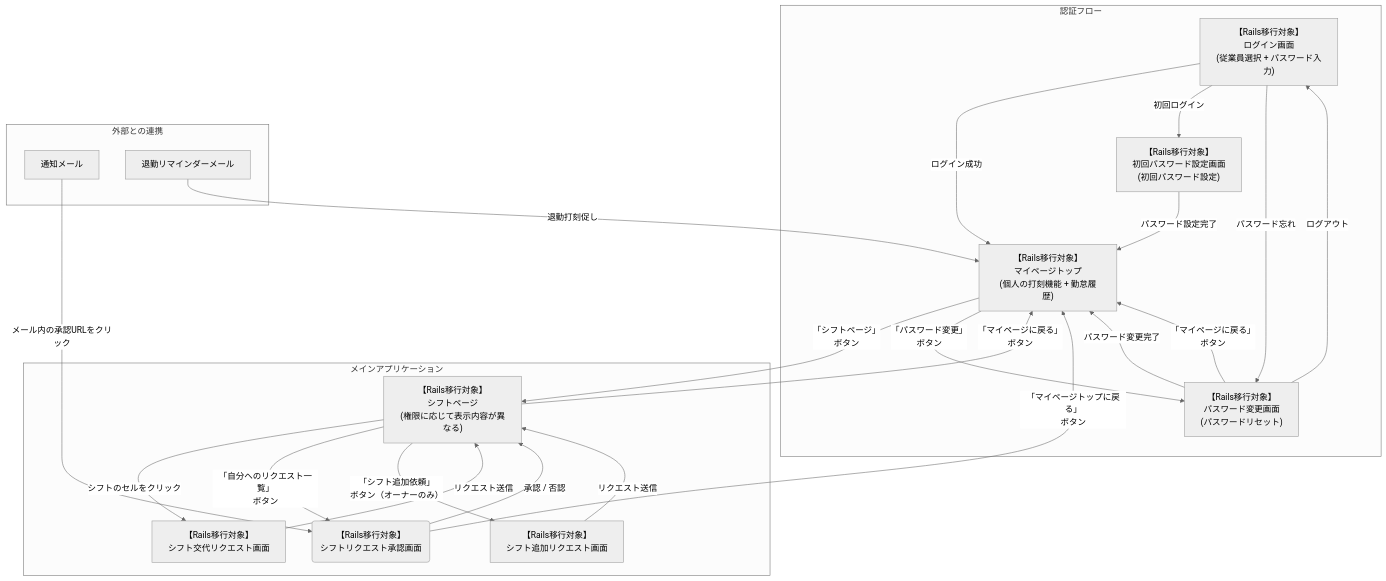
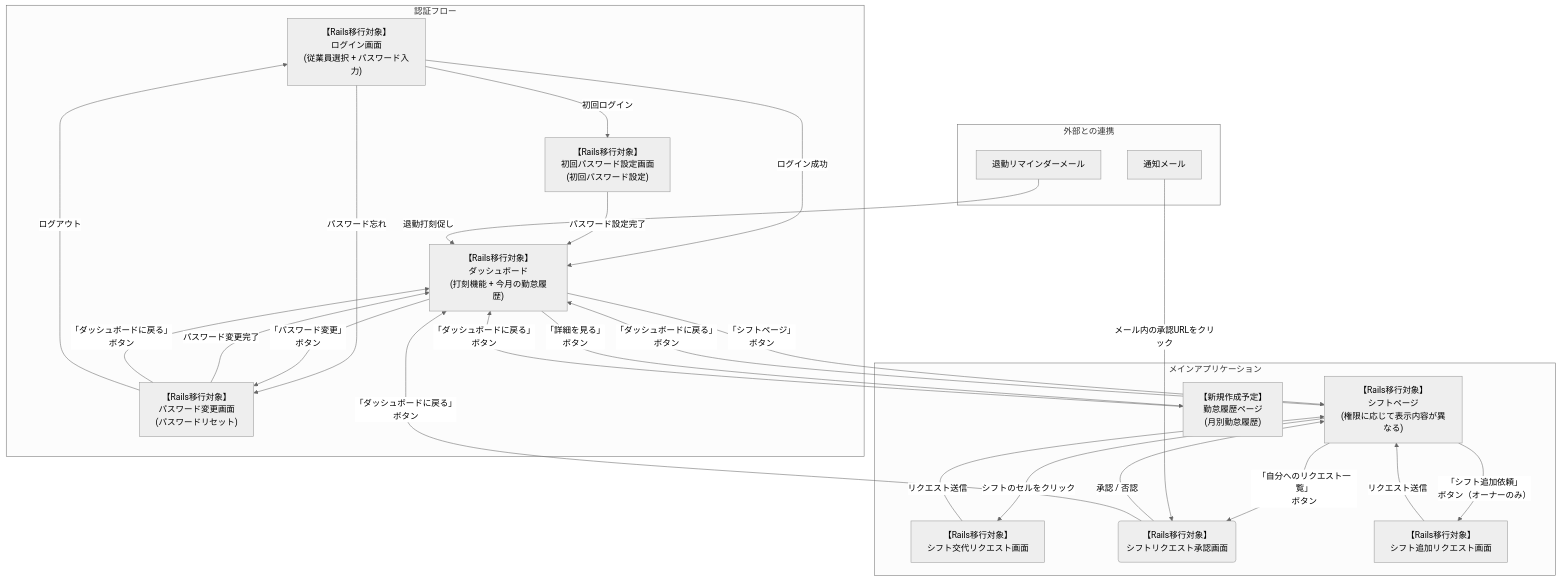
Before and after one commit to Hiru-ge/freee-Internship: the diagram in docs/requirement.md, drawn with Mermaid (neutral theme). The commit also changed other lines of this file and 12 other files, not shown here.

````diff
--- a/docs/requirement.md
+++ b/docs/requirement.md
@@ -81,31 +81,33 @@
 ```mermaid
 graph TD
     subgraph "認証フロー"
         Login["【Rails移行対象】<br>ログイン画面<br>(従業員選択 + パスワード入力)"]
-        Login -->|"ログイン成功"| MyPage["【Rails移行対象】<br>マイページトップ<br>(個人の打刻機能 + 勤怠履歴)"]
+        Login -->|"ログイン成功"| Dashboard["【Rails移行対象】<br>ダッシュボード<br>(打刻機能 + 今月の勤怠履歴)"]
         Login -->|"初回ログイン"| InitialPassword["【Rails移行対象】<br>初回パスワード設定画面<br>(初回パスワード設定)"]
-        InitialPassword -->|"パスワード設定完了"| MyPage
+        InitialPassword -->|"パスワード設定完了"| Dashboard
         Login -->|"パスワード忘れ"| PasswordChange["【Rails移行対象】<br>パスワード変更画面<br>(パスワードリセット)"]
-        PasswordChange -->|"パスワード変更完了"| MyPage
+        PasswordChange -->|"パスワード変更完了"| Dashboard
     end
 
     subgraph "メインアプリケーション"
-        MyPage -->|"「シフトページ」<br>ボタン"| ShiftPage["【Rails移行対象】<br>シフトページ<br>(権限に応じて表示内容が異なる)"]
-        MyPage -->|"「パスワード変更」<br>ボタン"| PasswordChange
-        ShiftPage -->|"「マイページに戻る」<br>ボタン"| MyPage
+        Dashboard -->|"「シフトページ」<br>ボタン"| ShiftPage["【Rails移行対象】<br>シフトページ<br>(権限に応じて表示内容が異なる)"]
+        Dashboard -->|"「パスワード変更」<br>ボタン"| PasswordChange
+        Dashboard -->|"「詳細を見る」<br>ボタン"| AttendanceHistory["【新規作成予定】<br>勤怠履歴ページ<br>(月別勤怠履歴)"]
+        ShiftPage -->|"「ダッシュボードに戻る」<br>ボタン"| Dashboard
         ShiftPage -->|"シフトのセルをクリック"| RequestForm["【Rails移行対象】<br>シフト交代リクエスト画面"]
         ShiftPage -->|"「自分へのリクエスト一覧」<br>ボタン"| Approval("【Rails移行対象】<br>シフトリクエスト承認画面")
         ShiftPage -->|"「シフト追加依頼」<br>ボタン（オーナーのみ）"| AddForm["【Rails移行対象】<br>シフト追加リクエスト画面"]
         RequestForm -->|"リクエスト送信"| ShiftPage
         Approval -->|"承認 / 否認"| ShiftPage
-        Approval -->|"「マイページトップに戻る」<br>ボタン"| MyPage
+        Approval -->|"「ダッシュボードに戻る」<br>ボタン"| Dashboard
         AddForm -->|"リクエスト送信"| ShiftPage
-        PasswordChange -->|"「マイページに戻る」<br>ボタン"| MyPage
+        AttendanceHistory -->|"「ダッシュボードに戻る」<br>ボタン"| Dashboard
+        PasswordChange -->|"「ダッシュボードに戻る」<br>ボタン"| Dashboard
         PasswordChange -->|"ログアウト"| Login
     end
 
     subgraph "外部との連携"
         Mail["通知メール"] -->|"メール内の承認URLをクリック"| Approval
-        Reminder["退勤リマインダーメール"] -->|"退勤打刻促し"| MyPage
+        Reminder["退勤リマインダーメール"] -->|"退勤打刻促し"| Dashboard
     end
 ```
````
